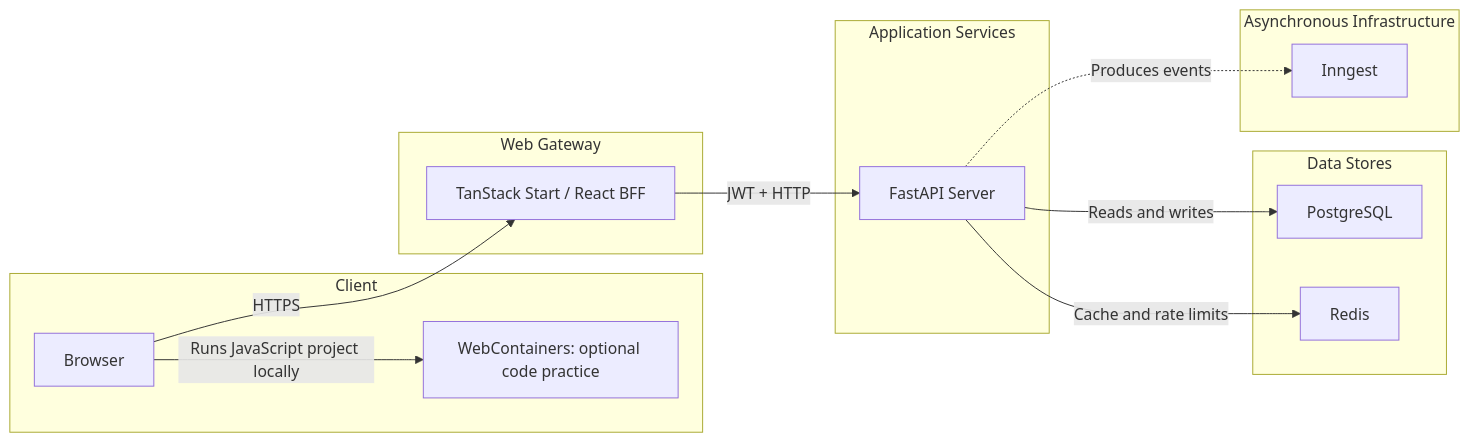
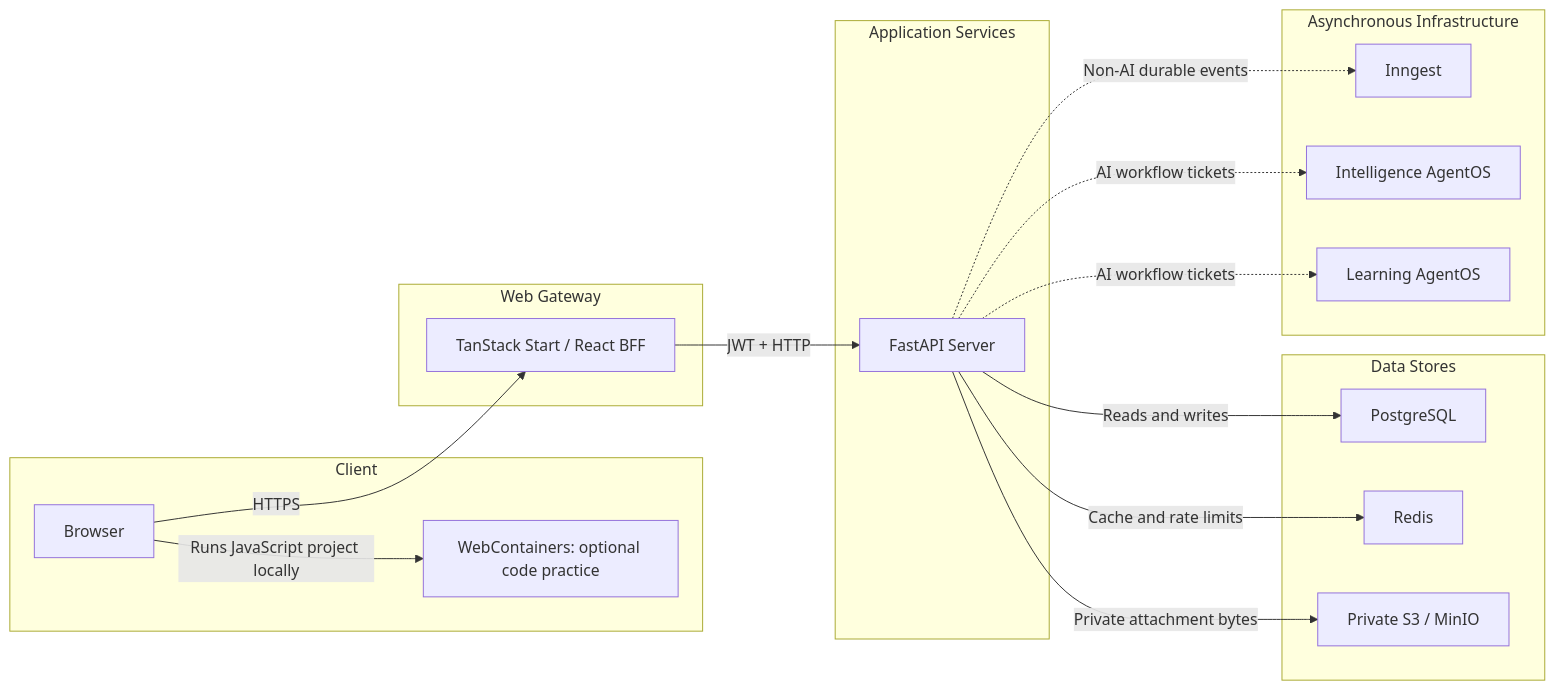
One commit to CtrI-Alt-Del/shifu changed the diagram in documentation/architecture.md. Above: the diagram before and after it, drawn with Mermaid. The commit also changed other lines of this file and 328 other files, not shown here.

````diff
--- a/documentation/architecture.md
+++ b/documentation/architecture.md
@@ -44,31 +45,37 @@
 ```mermaid
 flowchart LR
     subgraph client ["Client"]
         browser[Browser]
         webcontainer["WebContainers: optional code practice"]
     end
 
     subgraph gateway ["Web Gateway"]
         web["TanStack Start / React BFF"]
     end
 
     subgraph service ["Application Services"]
         api["FastAPI Server"]
     end
 
     subgraph datastore ["Data Stores"]
         postgres[PostgreSQL]
         redis[Redis]
+        s3["Private S3 / MinIO"]
     end
 
     subgraph async ["Asynchronous Infrastructure"]
         inngest[Inngest]
+        intelligence_agentos["Intelligence AgentOS"]
+        learning_agentos["Learning AgentOS"]
     end
 
     browser -->|"HTTPS"| web
     browser -->|"Runs JavaScript project locally"| webcontainer
     web -->|"JWT + HTTP"| api
     api -->|"Reads and writes"| postgres
     api -->|"Cache and rate limits"| redis
-    api -.->|"Produces events"| inngest
+    api -->|"Private attachment bytes"| s3
+    api -.->|"Non-AI durable events"| inngest
+    api -.->|"AI workflow tickets"| intelligence_agentos
+    api -.->|"AI workflow tickets"| learning_agentos
 ```
````
